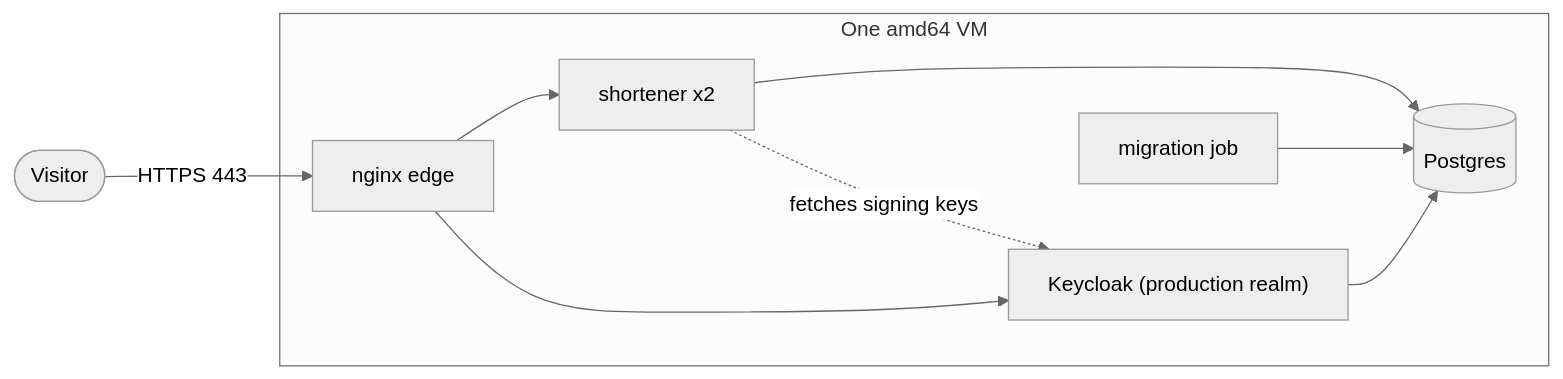
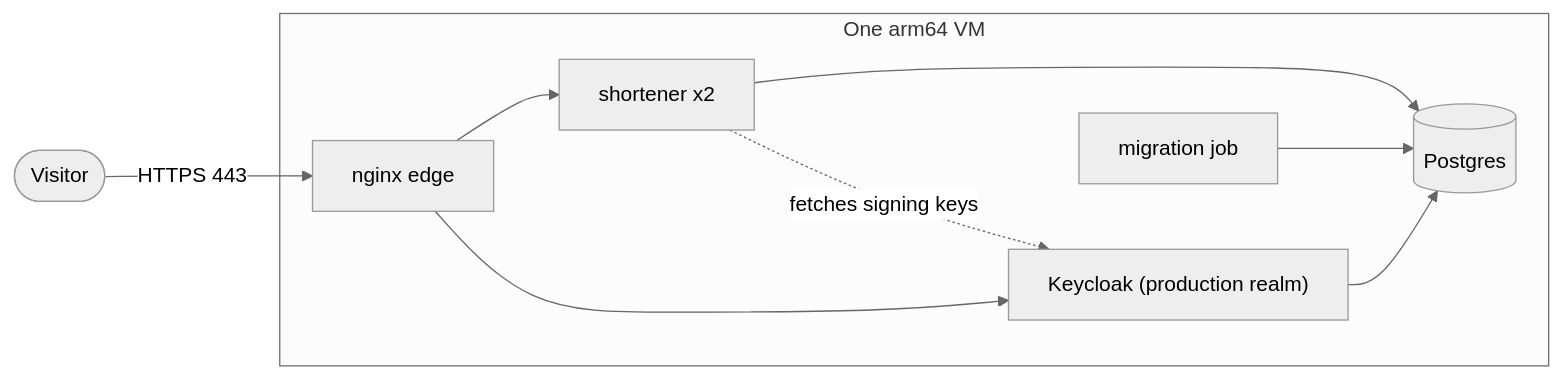
One commit to christ008/shortener changed the diagram in docs/CLOUD.md. Above: the diagram before and after it, drawn with Mermaid (neutral theme). The commit also changed other lines of this file and 18 other files, not shown here.

````diff
--- a/docs/CLOUD.md
+++ b/docs/CLOUD.md
@@ -25,12 +25,12 @@
 ```mermaid
 flowchart LR
     visitor(["Visitor"]) -->|"HTTPS 443"| edge["nginx edge"]
-    subgraph vm["One amd64 VM"]
+    subgraph vm["One arm64 VM"]
         edge --> app["shortener x2"]
         edge --> idp["Keycloak (production realm)"]
         app --> db[("Postgres")]
         idp --> db
         migrate["migration job"] --> db
     end
     app -. "fetches signing keys" .-> idp
 ```
````
